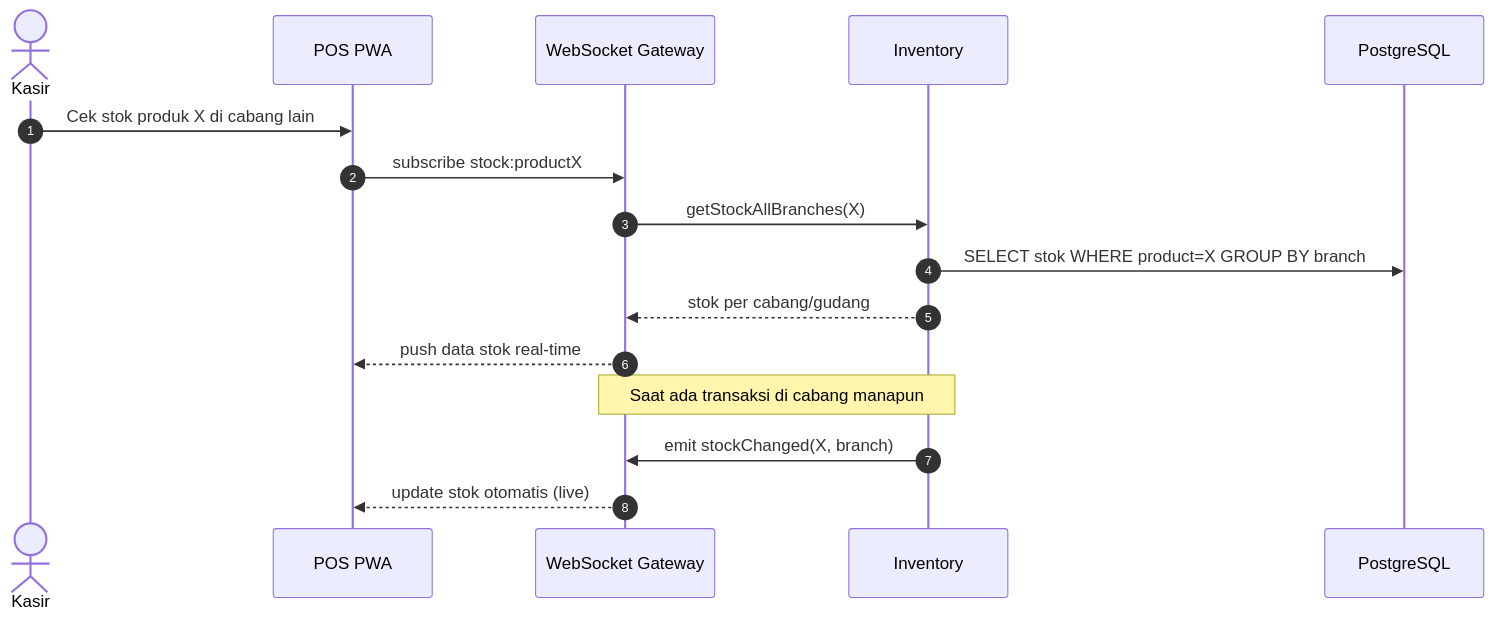
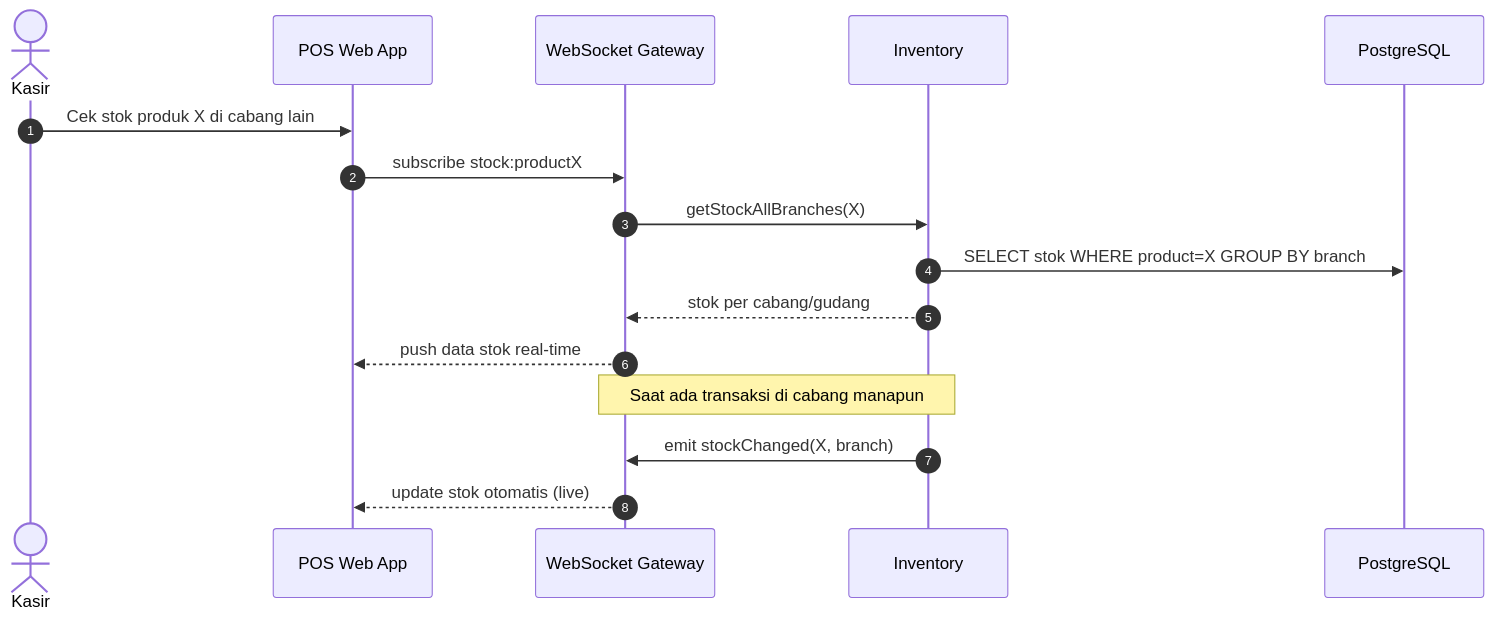
Before and after one commit to whaone/POS2026: diagram 17 of 31 in Sequence_Diagram.md, drawn with Mermaid. The commit also changed other lines of this file and 3 other files, not shown here.

````diff
--- a/Sequence_Diagram.md
+++ b/Sequence_Diagram.md
@@ -557,20 +616,20 @@
 ```mermaid
 sequenceDiagram
     autonumber
     actor Kasir
-    participant PWA as POS PWA
+    participant POS as POS Web App
     participant WS as WebSocket Gateway
     participant INV as Inventory
     participant DB as PostgreSQL
  
-    Kasir->>PWA: Cek stok produk X di cabang lain
-    PWA->>WS: subscribe stock:productX
+    Kasir->>POS: Cek stok produk X di cabang lain
+    POS->>WS: subscribe stock:productX
     WS->>INV: getStockAllBranches(X)
     INV->>DB: SELECT stok WHERE product=X GROUP BY branch
     INV-->>WS: stok per cabang/gudang
-    WS-->>PWA: push data stok real-time
+    WS-->>POS: push data stok real-time
  
     Note over INV,WS: Saat ada transaksi di cabang manapun
     INV->>WS: emit stockChanged(X, branch)
-    WS-->>PWA: update stok otomatis (live)
+    WS-->>POS: update stok otomatis (live)
 ```
````
